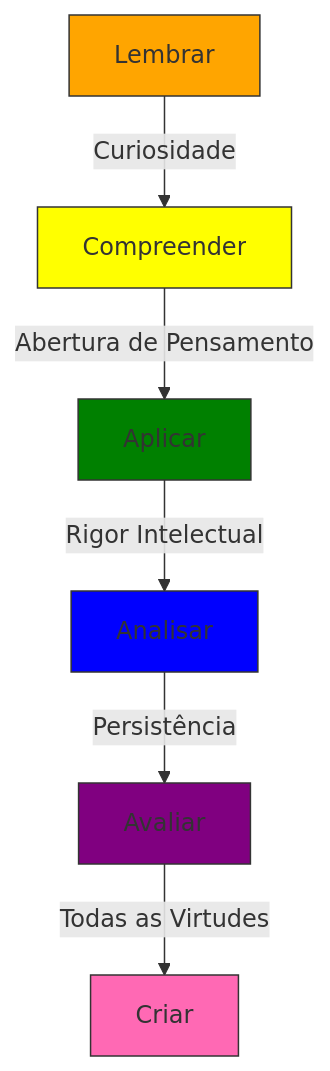
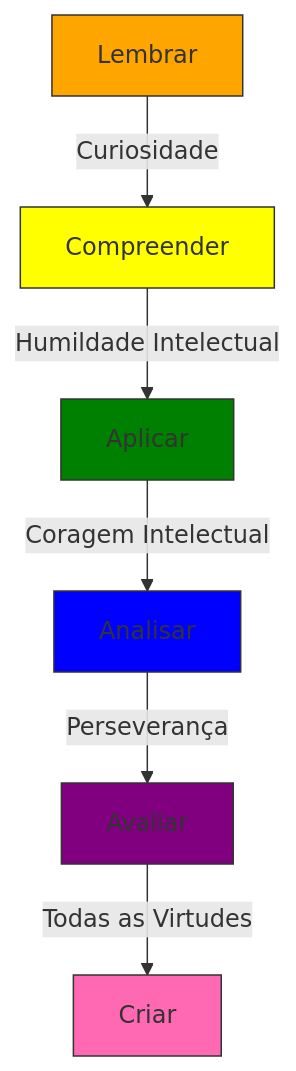
One commit to jordansmedeiros/virtuquest changed the diagram in .qoder/repowiki/pt/content/Recursos Educacionais/Virtudes Intelectuais.md. Above: the diagram before and after it, drawn with Mermaid. The commit also changed other lines of this file and 16 other files, not shown here.

````diff
--- a/.qoder/repowiki/pt/content/Recursos Educacionais/Virtudes Intelectuais.md
+++ b/.qoder/repowiki/pt/content/Recursos Educacionais/Virtudes Intelectuais.md
@@ -84,14 +160,14 @@
 ```mermaid
 graph TD
 A[Lembrar] --> |Curiosidade| B[Compreender]
-B --> |Abertura de Pensamento| C[Aplicar]
-C --> |Rigor Intelectual| D[Analisar]
-D --> |Persistência| E[Avaliar]
+B --> |Humildade Intelectual| C[Aplicar]
+C --> |Coragem Intelectual| D[Analisar]
+D --> |Perseverança| E[Avaliar]
 E --> |Todas as Virtudes| F[Criar]
 style A fill:#FFA500,stroke:#333
 style B fill:#FFFF00,stroke:#333
 style C fill:#008000,stroke:#333
 style D fill:#0000FF,stroke:#333
 style E fill:#800080,stroke:#333
 style F fill:#FF69B4,stroke:#333
 ```
````
